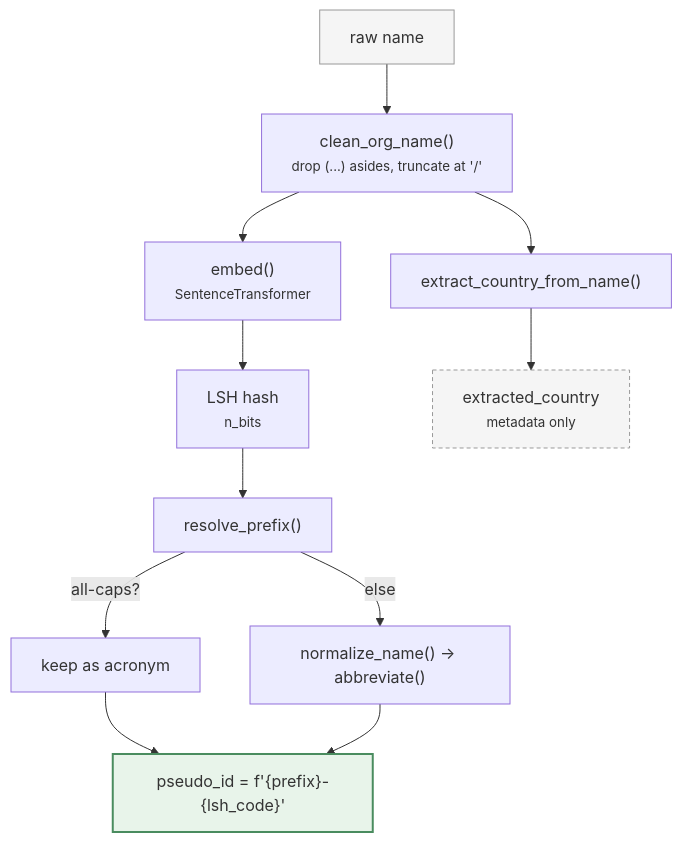
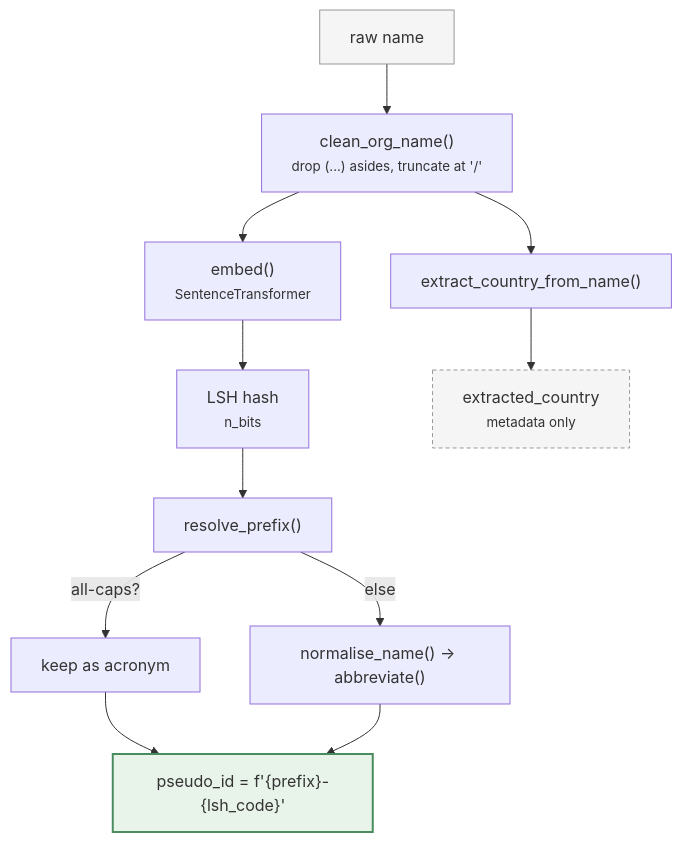
One commit to babettology/Organisation-IDs changed the diagram in README.md. Above: the diagram before and after it, drawn with Mermaid.

Commit message:
Correct spelling of 'normalize' to 'normalise'

````diff
--- a/README.md
+++ b/README.md
@@ -50,21 +50,21 @@
 ```mermaid
 flowchart TD
     A["raw name"] --> B["clean_org_name()<br/><small>drop (...) asides, truncate at '/'</small>"]
 
     B --> C["embed()<br/><small>SentenceTransformer</small>"]
     B --> D["extract_country_from_name()"]
 
     C --> E["LSH hash<br/><small>n_bits</small>"]
     D --> F["extracted_country<br/><small>metadata only</small>"]
 
     E --> G["resolve_prefix()"]
     G -->|"all-caps?"| G1["keep as acronym"]
-    G -->|"else"| G2["normalize_name() → abbreviate()"]
+    G -->|"else"| G2["normalise_name() → abbreviate()"]
 
     G1 --> H["pseudo_id = f'{prefix}-{lsh_code}'"]
     G2 --> H
 
     style A fill:#f5f5f5,stroke:#999
     style H fill:#e8f4ea,stroke:#4a8c5f,stroke-width:2px
     style F fill:#f5f5f5,stroke:#999,stroke-dasharray: 4 3
 ```
````
